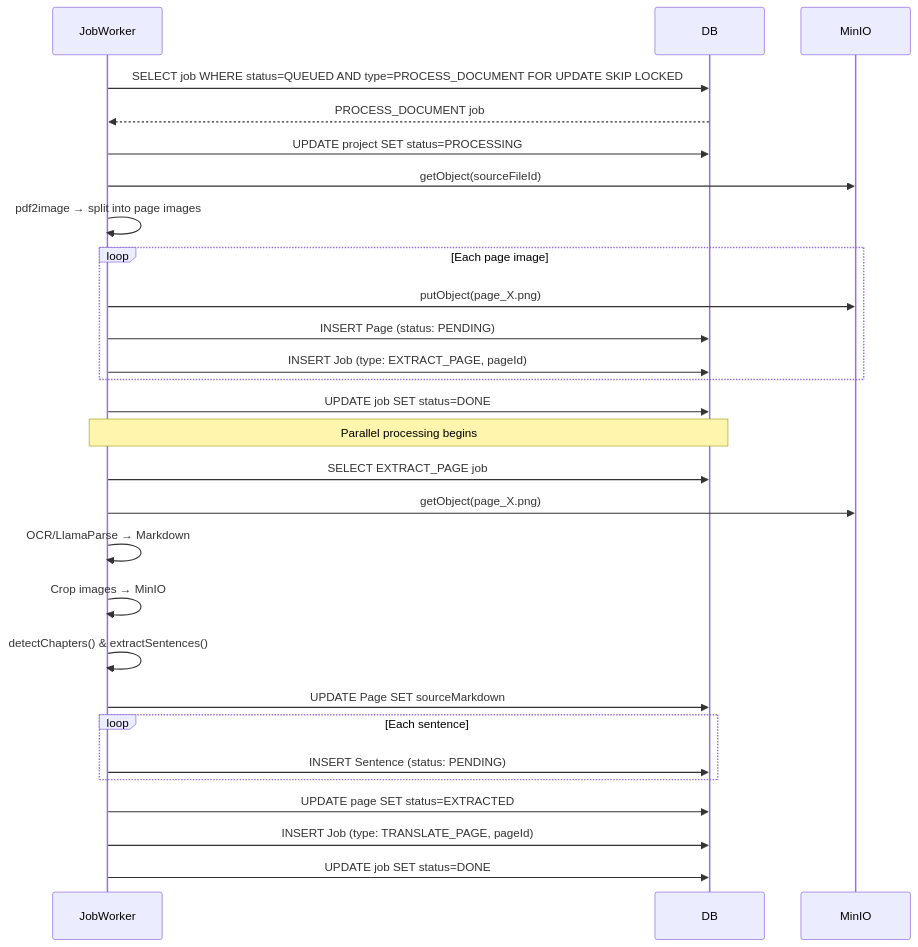
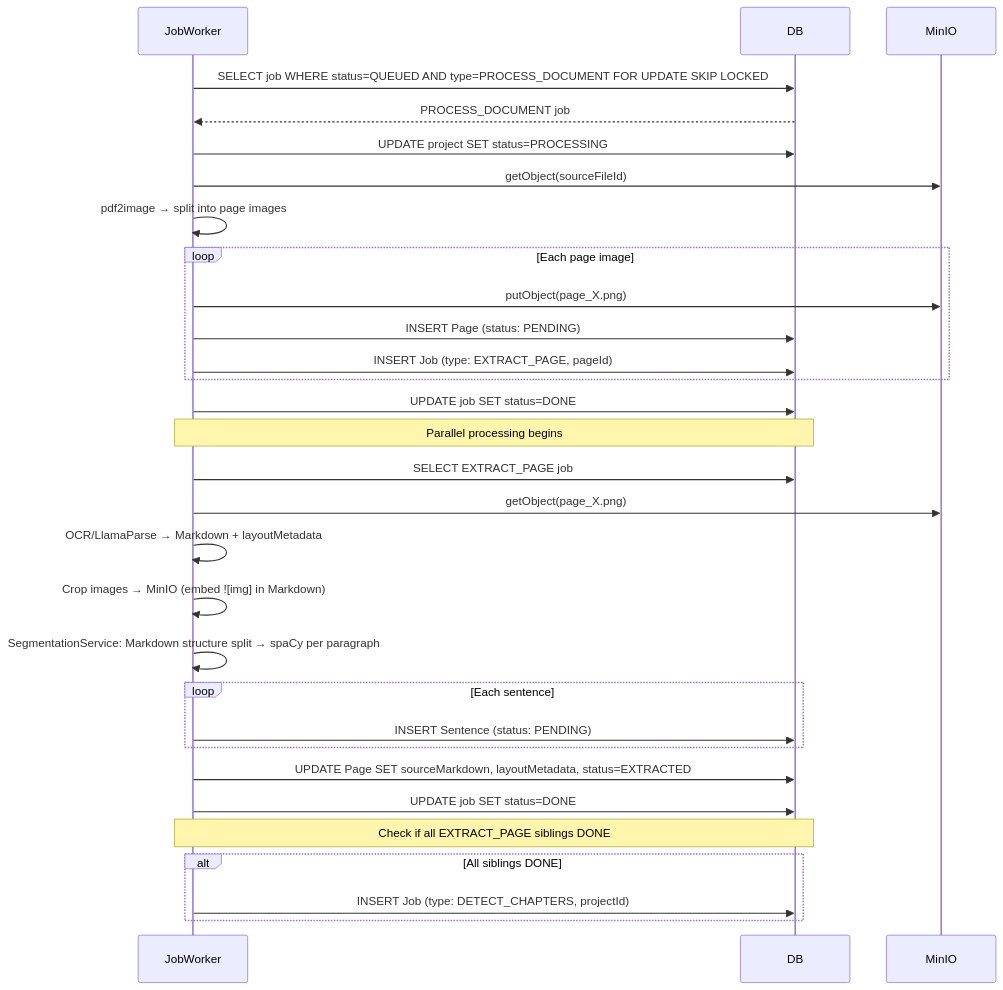
One commit to ArulRozario/tAi changed the fifth of 32 diagrams in .spec/08-sequences.md. Above: the diagram before and after it, drawn with Mermaid. The commit also changed other lines of this file and 195 other files, not shown here.

````diff
--- a/.spec/08-sequences.md
+++ b/.spec/08-sequences.md
@@ -117,37 +117,39 @@
 ```mermaid
 sequenceDiagram
     participant Worker as JobWorker
     participant DB
     participant MinIO
 
     Worker->>DB: SELECT job WHERE status=QUEUED AND type=PROCESS_DOCUMENT FOR UPDATE SKIP LOCKED
     DB-->>Worker: PROCESS_DOCUMENT job
     Worker->>DB: UPDATE project SET status=PROCESSING
 
     Worker->>MinIO: getObject(sourceFileId)
     Worker->>Worker: pdf2image → split into page images
     
     loop Each page image
         Worker->>MinIO: putObject(page_X.png)
         Worker->>DB: INSERT Page (status: PENDING)
         Worker->>DB: INSERT Job (type: EXTRACT_PAGE, pageId)
     end
     Worker->>DB: UPDATE job SET status=DONE
 
     Note over Worker,DB: Parallel processing begins
 
     Worker->>DB: SELECT EXTRACT_PAGE job
     Worker->>MinIO: getObject(page_X.png)
-    Worker->>Worker: OCR/LlamaParse → Markdown
-    Worker->>Worker: Crop images → MinIO
-    Worker->>Worker: detectChapters() & extractSentences()
+    Worker->>Worker: OCR/LlamaParse → Markdown + layoutMetadata
+    Worker->>Worker: Crop images → MinIO (embed ![img] in Markdown)
+    Worker->>Worker: SegmentationService: Markdown structure split → spaCy per paragraph
     
-    Worker->>DB: UPDATE Page SET sourceMarkdown
     loop Each sentence
         Worker->>DB: INSERT Sentence (status: PENDING)
     end
+    Worker->>DB: UPDATE Page SET sourceMarkdown, layoutMetadata, status=EXTRACTED
 
-    Worker->>DB: UPDATE page SET status=EXTRACTED
-    Worker->>DB: INSERT Job (type: TRANSLATE_PAGE, pageId)
     Worker->>DB: UPDATE job SET status=DONE
+    Note over Worker,DB: Check if all EXTRACT_PAGE siblings DONE
+    alt All siblings DONE
+        Worker->>DB: INSERT Job (type: DETECT_CHAPTERS, projectId)
+    end
 ```
````
